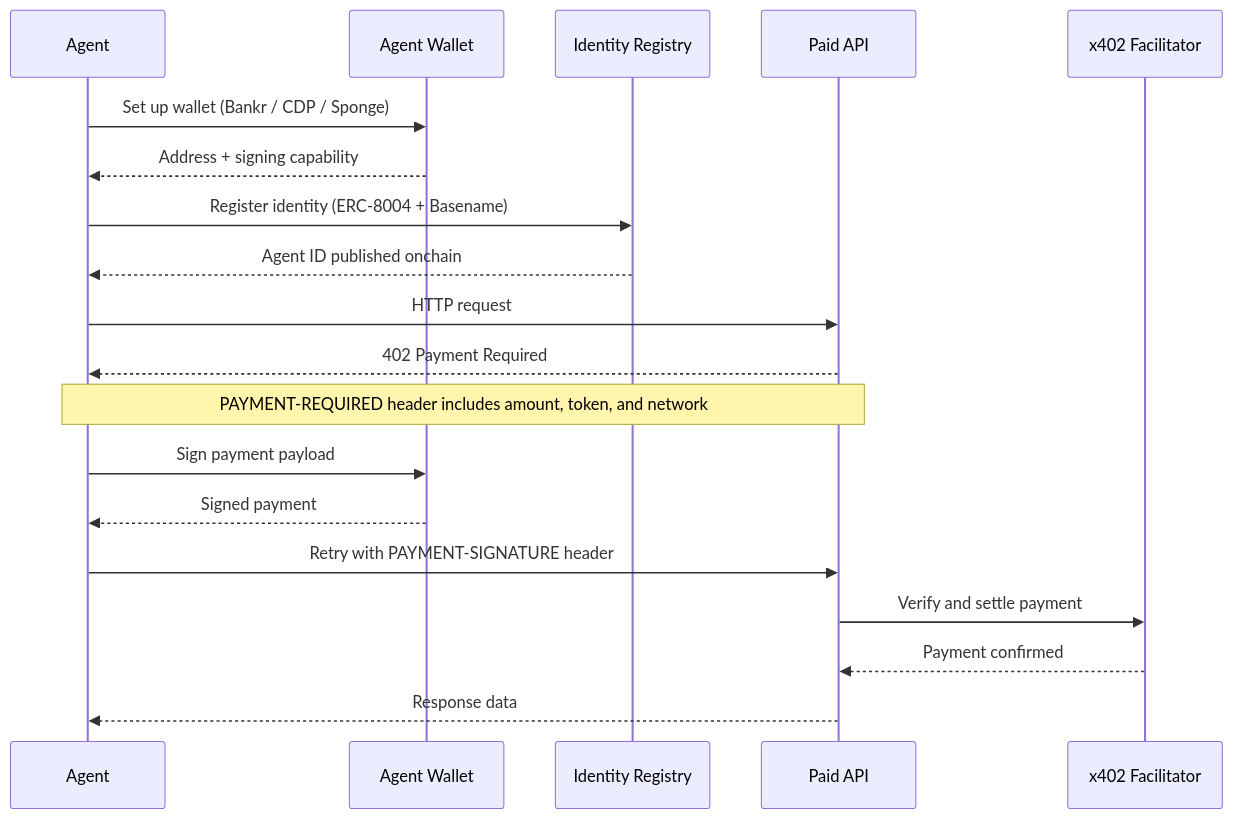
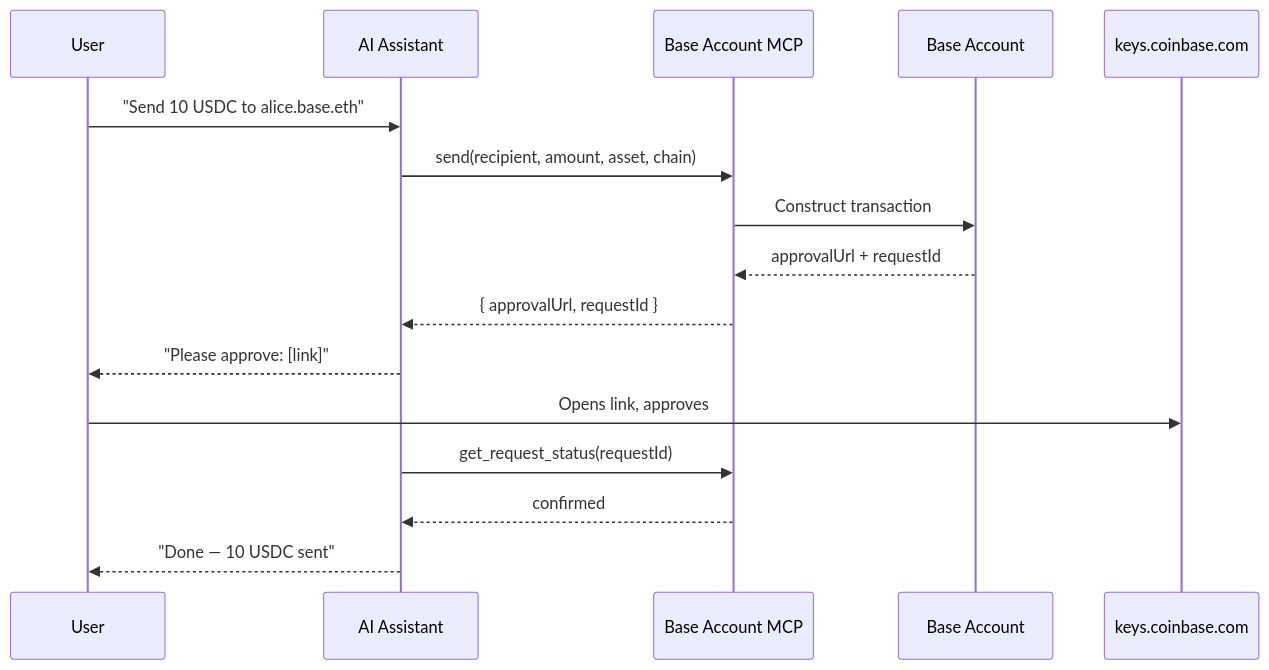
The diagram in docs/ai-agents/index.mdx (base/docs), drawn with Mermaid before and after one commit. The commit also changed other lines of this file and 39 other files, not shown here.

````diff
--- a/docs/ai-agents/index.mdx
+++ b/docs/ai-agents/index.mdx
@@ -20,24 +17,19 @@
 ```mermaid
 sequenceDiagram
-    participant Agent
-    participant Wallet as Agent Wallet
-    participant Registry as Identity Registry
-    participant API as Paid API
-    participant Facilitator as x402 Facilitator
+    participant User
+    participant AI as AI Assistant
+    participant MCP as Base Account MCP
+    participant BA as Base Account
+    participant Approve as keys.coinbase.com
 
-    Agent->>Wallet: Set up wallet (Bankr / CDP / Sponge)
-    Wallet-->>Agent: Address + signing capability
-
-    Agent->>Registry: Register identity (ERC-8004 + Basename)
-    Registry-->>Agent: Agent ID published onchain
-
-    Agent->>API: HTTP request
-    API-->>Agent: 402 Payment Required
-    Note over API,Agent: PAYMENT-REQUIRED header includes amount, token, and network
-    Agent->>Wallet: Sign payment payload
-    Wallet-->>Agent: Signed payment
-    Agent->>API: Retry with PAYMENT-SIGNATURE header
-    API->>Facilitator: Verify and settle payment
-    Facilitator-->>API: Payment confirmed
-    API-->>Agent: Response data
+    User->>AI: "Send 10 USDC to alice.base.eth"
+    AI->>MCP: send(recipient, amount, asset, chain)
+    MCP->>BA: Construct transaction
+    BA-->>MCP: approvalUrl + requestId
+    MCP-->>AI: { approvalUrl, requestId }
+    AI-->>User: "Please approve: [link]"
+    User->>Approve: Opens link, approves
+    AI->>MCP: get_request_status(requestId)
+    MCP-->>AI: confirmed
+    AI-->>User: "Done — 10 USDC sent"
 ```
````
